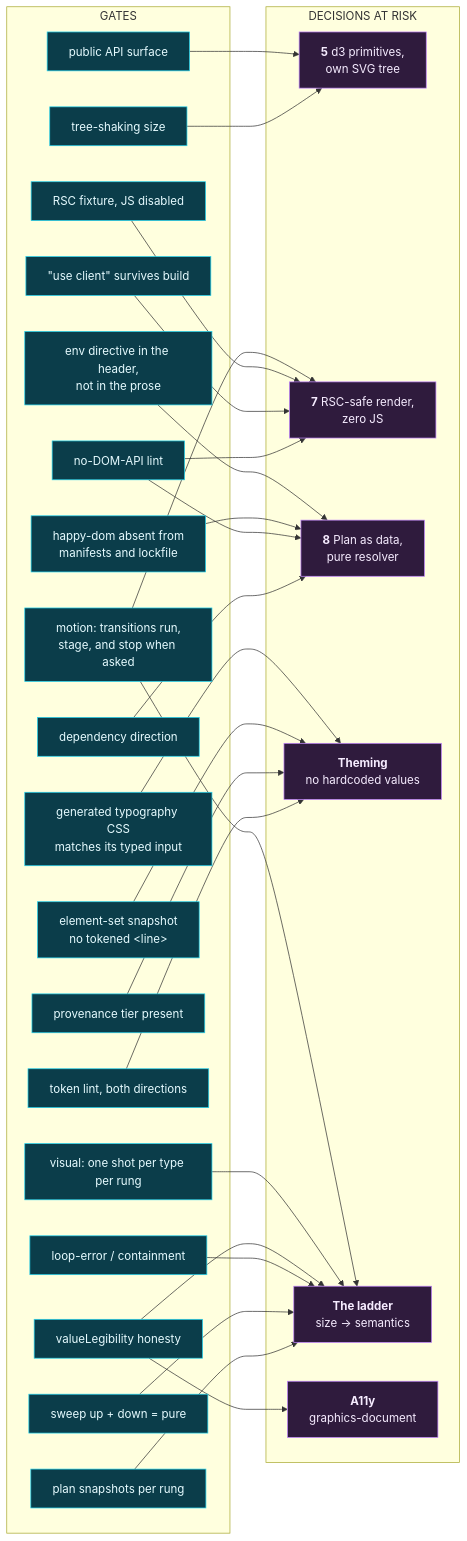
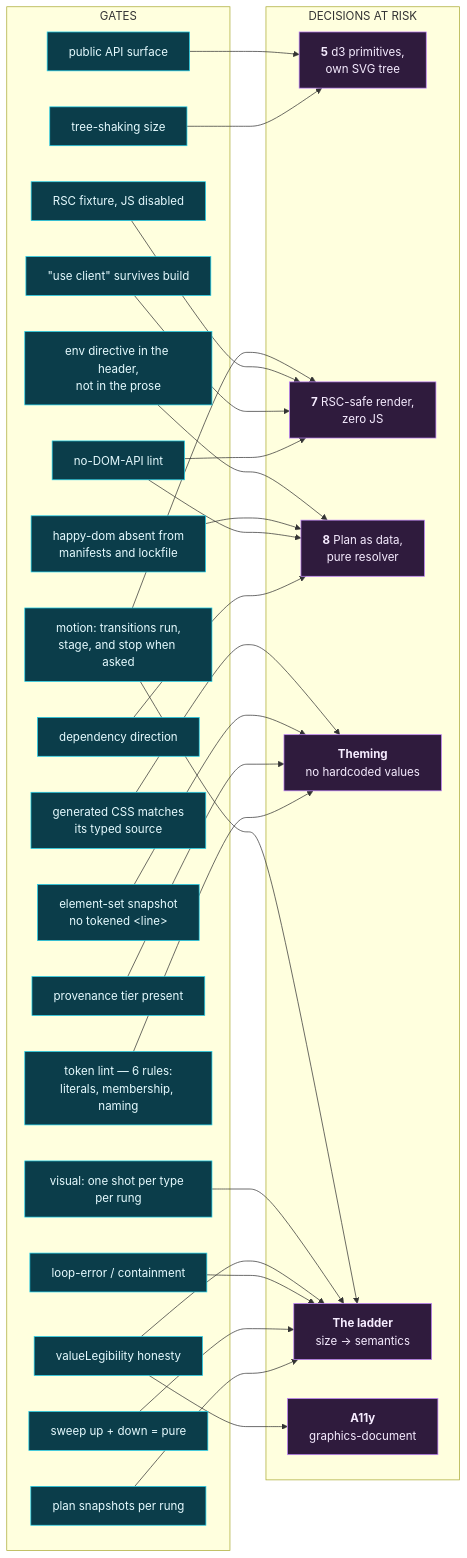
Before and after one commit to DeshpandeBoy/Defence-Charts: the first of 2 diagrams in research/maps/04-ci-gate-map.md, drawn with Mermaid. The commit also changed other lines of this file and 37 other files, not shown here.

````diff
--- a/research/maps/04-ci-gate-map.md
+++ b/research/maps/04-ci-gate-map.md
@@ -12,59 +12,59 @@
 ```mermaid
 flowchart LR
     subgraph d["DECISIONS AT RISK"]
         D5["<b>5</b> d3 primitives,<br/>own SVG tree"]
         D7["<b>7</b> RSC-safe render,<br/>zero JS"]
         D8["<b>8</b> Plan as data,<br/>pure resolver"]
         DT["<b>Theming</b><br/>no hardcoded values"]
         DL["<b>The ladder</b><br/>size → semantics"]
         DA["<b>A11y</b><br/>graphics-document"]
     end
 
     subgraph g["GATES"]
         G1["dependency direction"]
         G2["no-DOM-API lint"]
         G3["&quot;use client&quot; survives build"]
         G4["RSC fixture, JS disabled"]
         G5["tree-shaking size"]
         G6["public API surface"]
-        G7["token lint, both directions"]
+        G7["token lint — 6 rules:<br/>literals, membership, naming"]
         G8["provenance tier present"]
         G9["plan snapshots per rung"]
         G10["sweep up + down = pure"]
         G11["loop-error / containment"]
         G12["valueLegibility honesty"]
         G13["visual: one shot per type per rung"]
         G14["element-set snapshot<br/>no tokened &lt;line&gt;"]
         G15["happy-dom absent from<br/>manifests and lockfile"]
         G16["env directive in the header,<br/>not in the prose"]
-        G17["generated typography CSS<br/>matches its typed input"]
+        G17["generated CSS matches<br/>its typed source"]
         G19["motion: transitions run,<br/>stage, and stop when asked"]
     end
 
     G1 --> D8
     G2 --> D8
     G2 --> D7
     G3 --> D7
     G4 --> D7
     G5 --> D5
     G6 --> D5
     G7 --> DT
     G8 --> DT
     G9 --> DL
     G10 --> DL
     G11 --> DL
     G12 --> DA
     G12 --> DL
     G13 --> DL
     G14 --> DT
     G15 --> D8
     G16 --> D8
     G17 --> DT
     G19 --> DL
     G19 --> D7
 
     classDef dd fill:#2f1b3d,stroke:#c084fc,color:#f6ecff
     classDef gg fill:#0b3d4a,stroke:#22d3ee,color:#e6fbff
     class D5,D7,D8,DT,DL,DA dd
     class G1,G2,G3,G4,G5,G6,G7,G8,G9,G10,G11,G12,G13,G14,G15,G16,G17,G19 gg
 ```
````
